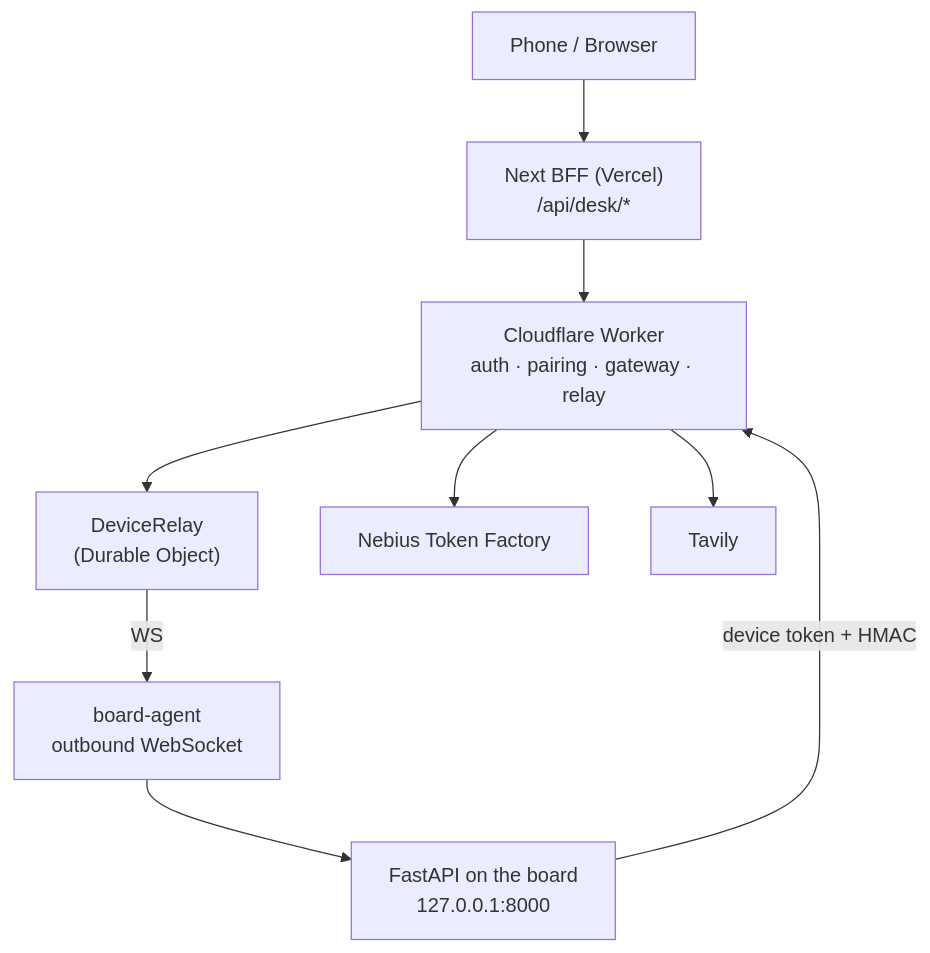
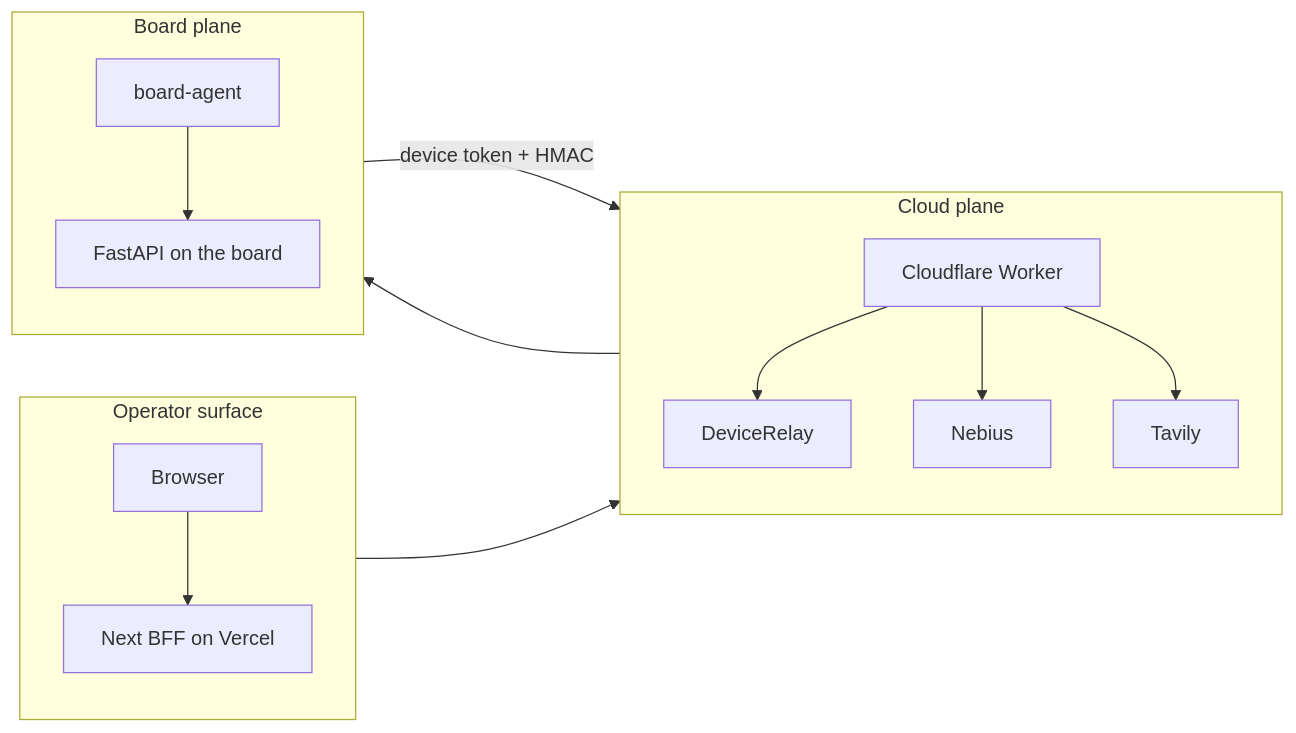
The first of 3 diagrams in docs/ARCHITECTURE.md (altaga/nebius-desk), drawn with Mermaid before and after one commit. The commit also changed other lines of this file and 14 other files, not shown here.

First line of the commit message:
Document routing and surface cloud board runtime details.

````diff
--- a/docs/ARCHITECTURE.md
+++ b/docs/ARCHITECTURE.md
@@ -23,19 +23,25 @@
 ```mermaid
-flowchart TB
-  Client["Phone / Browser"]
-  BFF["Next BFF (Vercel)<br/>/api/desk/*"]
-  Worker["Cloudflare Worker<br/>auth · pairing · gateway · relay"]
-  Relay["DeviceRelay<br/>(Durable Object)"]
-  Agent["board-agent<br/>outbound WebSocket"]
-  API["FastAPI on the board<br/>127.0.0.1:8000"]
-  Nebius["Nebius Token Factory"]
-  Tavily["Tavily"]
+flowchart LR
+  subgraph Surface["Operator surface"]
+    direction TB
+    Client["Browser"] --> BFF["Next BFF on Vercel"]
+  end
+  subgraph Cloud["Cloud plane"]
+    direction TB
+    Worker["Cloudflare Worker"]
+    Relay["DeviceRelay"]
+    Nebius["Nebius"]
+    Tavily["Tavily"]
+  end
+  subgraph Board["Board plane"]
+    direction TB
+    Agent["board-agent"] --> API["FastAPI on the board"]
+  end
 
-  Client --> BFF --> Worker
+  BFF --> Worker
   Worker --> Relay
-  Relay -->|WS| Agent
-  Agent --> API
-  API -->|"device token + HMAC"| Worker
   Worker --> Nebius
   Worker --> Tavily
+  Relay --> Agent
+  API -->|"device token + HMAC"| Worker
 ```
````
